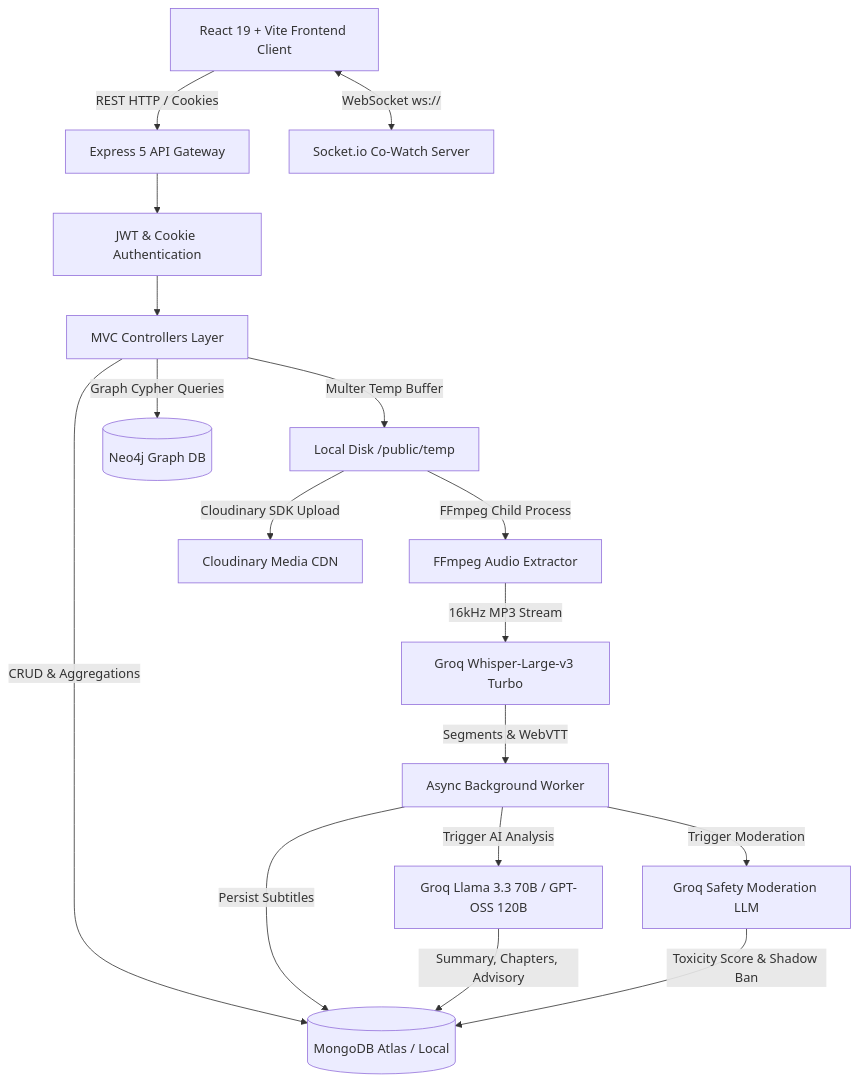
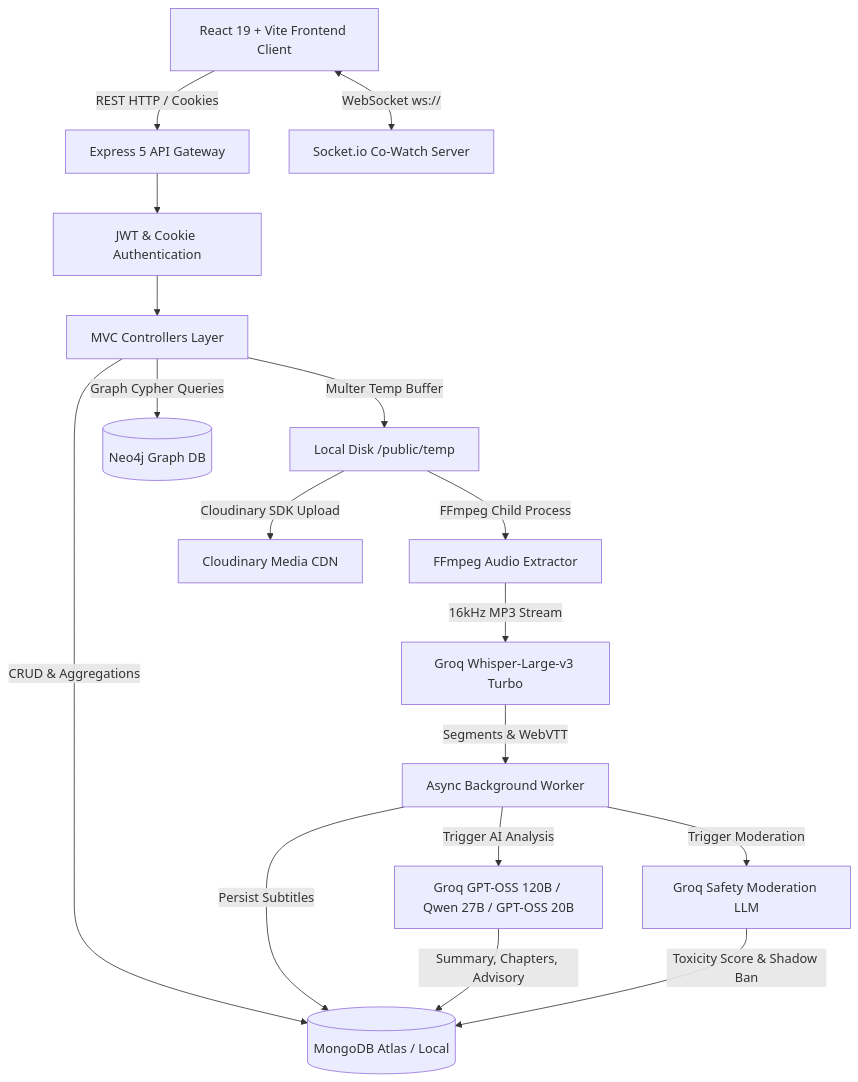
One commit to divykasodariya/orbit_social_media changed the first of 3 diagrams in technical-architecture.md. Above: the diagram before and after it, drawn with Mermaid. The commit also changed other lines of this file and 8 other files, not shown here.

````diff
--- a/technical-architecture.md
+++ b/technical-architecture.md
@@ -21,25 +21,25 @@
 ```mermaid
 graph TD
     Client[React 19 + Vite Frontend Client] -->|REST HTTP / Cookies| ExpressApp[Express 5 API Gateway]
     Client <-->|WebSocket ws://| SocketIO[Socket.io Co-Watch Server]
 
     ExpressApp --> AuthMiddleware[JWT & Cookie Authentication]
     AuthMiddleware --> Controllers[MVC Controllers Layer]
 
     Controllers -->|CRUD & Aggregations| MongoDB[(MongoDB Atlas / Local)]
     Controllers -->|Graph Cypher Queries| Neo4j[(Neo4j Graph DB)]
     Controllers -->|Multer Temp Buffer| LocalFS[Local Disk /public/temp]
 
     LocalFS -->|Cloudinary SDK Upload| CloudinaryCDN[Cloudinary Media CDN]
     LocalFS -->|FFmpeg Child Process| AudioExtractor[FFmpeg Audio Extractor]
 
     AudioExtractor -->|16kHz MP3 Stream| GroqWhisper[Groq Whisper-Large-v3 Turbo]
     GroqWhisper -->|Segments & WebVTT| TranscriptionWorker[Async Background Worker]
 
     TranscriptionWorker -->|Persist Subtitles| MongoDB
-    TranscriptionWorker -->|Trigger AI Analysis| GroqLLM[Groq Llama 3.3 70B / GPT-OSS 120B]
+    TranscriptionWorker -->|Trigger AI Analysis| GroqLLM[Groq GPT-OSS 120B / Qwen 27B / GPT-OSS 20B]
     TranscriptionWorker -->|Trigger Moderation| GroqModeration[Groq Safety Moderation LLM]
 
     GroqLLM -->|Summary, Chapters, Advisory| MongoDB
     GroqModeration -->|Toxicity Score & Shadow Ban| MongoDB
 ```
````
